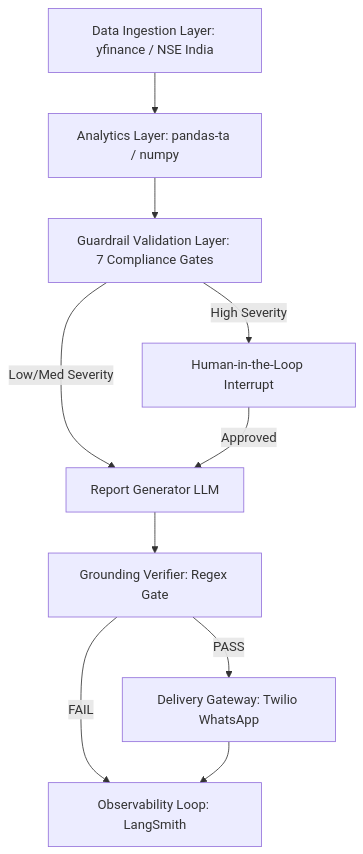
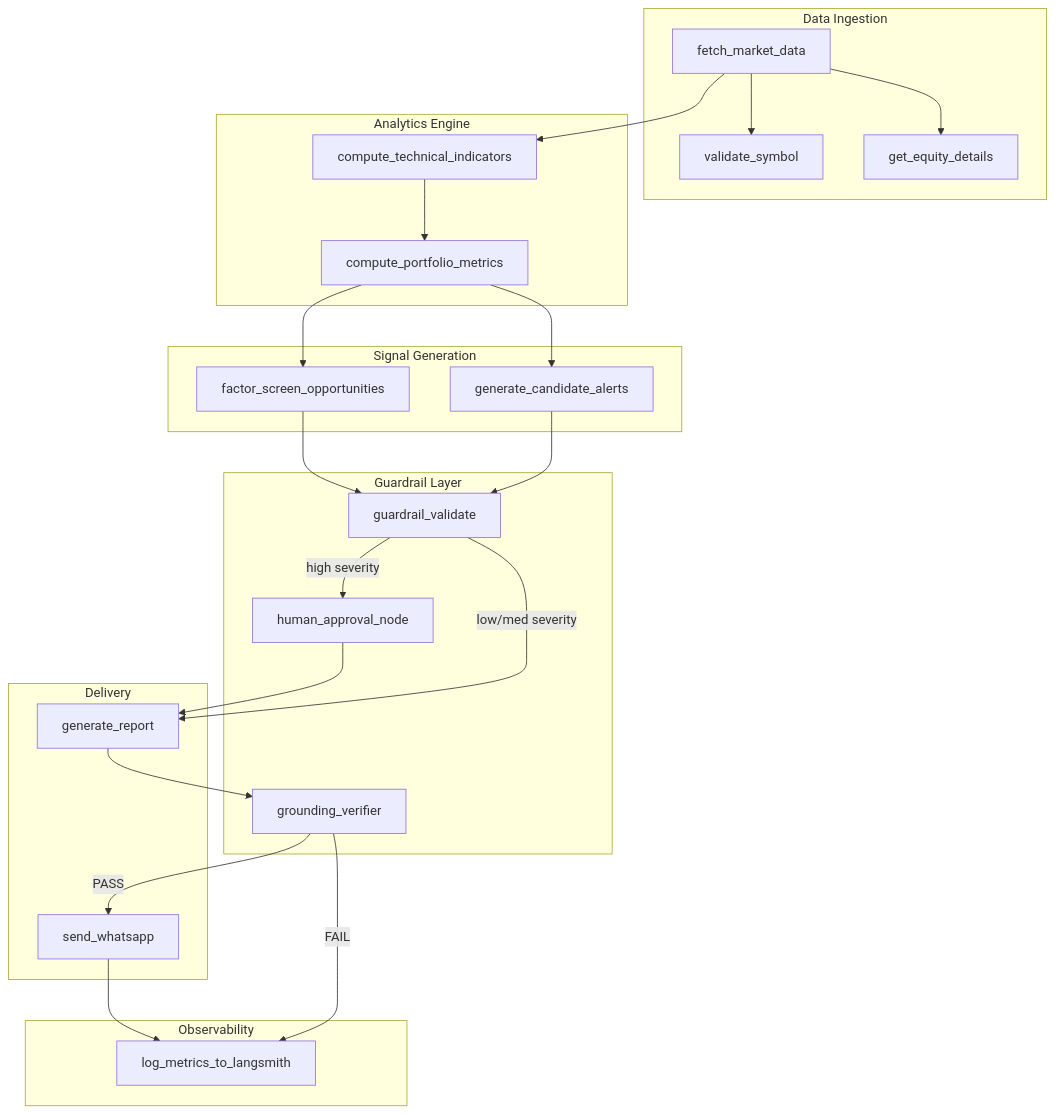
One commit to Pushkar3112/stock_market-analyzer changed the first of 2 diagrams in ARCHITECTURE.md. Above: the diagram before and after it, drawn with Mermaid. The commit also changed other lines of this file, not shown here.

Commit message:
docs: exhaustive ARCHITECTURE.md — full node code, formulas, guardrails, grounding methodology, data flow trace

````diff
--- a/ARCHITECTURE.md
+++ b/ARCHITECTURE.md
@@ -15,20 +44,41 @@
 ```mermaid
-graph TD
-    %% Subsystems
-    Ingestion[Data Ingestion Layer: yfinance / NSE India]
-    Analytics[Analytics Layer: pandas-ta / numpy]
-    Guardrails[Guardrail Validation Layer: 7 Compliance Gates]
-    Delivery[Delivery Gateway: Twilio WhatsApp]
-    Observability[Observability Loop: LangSmith]
+graph TB
+    subgraph "Data Ingestion"
+        A[fetch_market_data] --> B[validate_symbol]
+        A --> C[get_equity_details]
+    end
 
-    %% Wiring
-    Ingestion --> Analytics
-    Analytics --> Guardrails
-    Guardrails -->|High Severity| HITL[Human-in-the-Loop Interrupt]
-    Guardrails -->|Low/Med Severity| GenReport[Report Generator LLM]
-    HITL -->|Approved| GenReport
-    GenReport --> Grounding[Grounding Verifier: Regex Gate]
-    Grounding -->|PASS| Delivery
-    Grounding -->|FAIL| Observability
-    Delivery --> Observability
+    subgraph "Analytics Engine"
+        D[compute_technical_indicators]
+        E[compute_portfolio_metrics]
+    end
+
+    subgraph "Signal Generation"
+        F[factor_screen_opportunities]
+        G[generate_candidate_alerts]
+    end
+
+    subgraph "Guardrail Layer"
+        H[guardrail_validate]
+        I[human_approval_node]
+        J[grounding_verifier]
+    end
+
+    subgraph "Delivery"
+        K[generate_report]
+        L[send_whatsapp]
+    end
+
+    subgraph "Observability"
+        M[log_metrics_to_langsmith]
+    end
+
+    A --> D --> E
+    E --> F & G
+    F & G --> H
+    H -->|high severity| I --> K
+    H -->|low/med severity| K
+    K --> J
+    J -->|PASS| L --> M
+    J -->|FAIL| M
 ```
````
